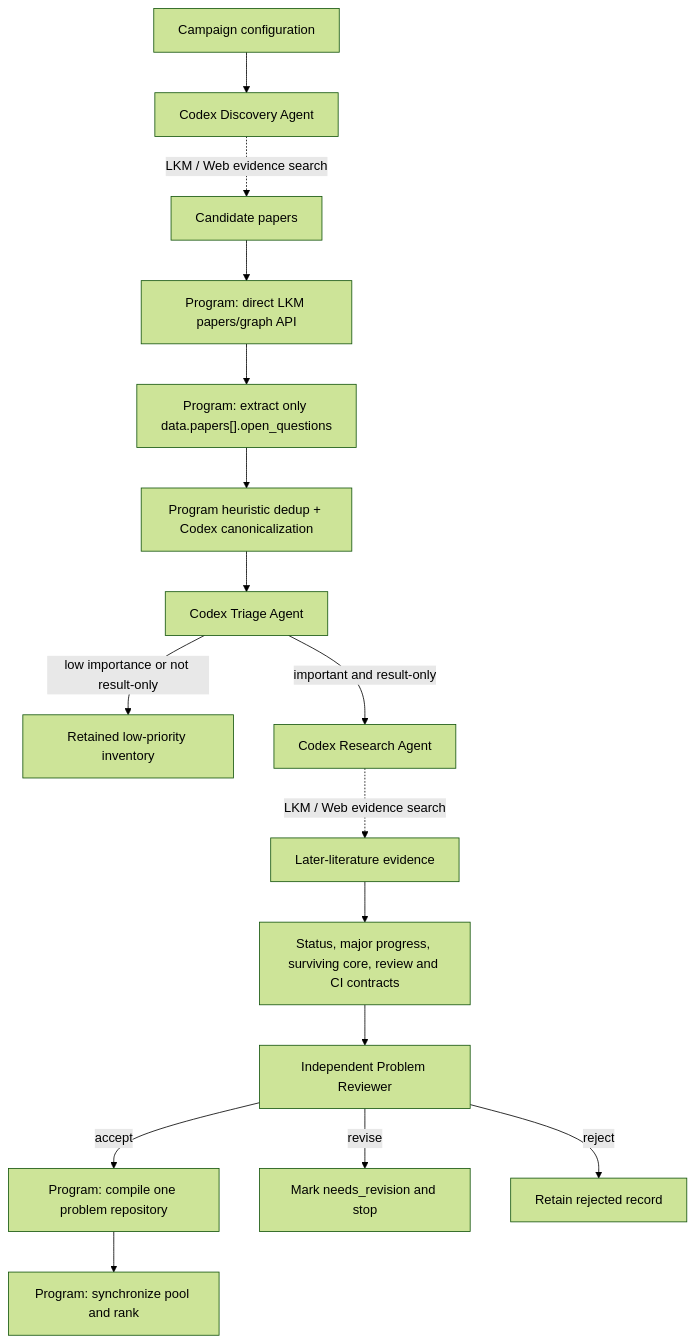
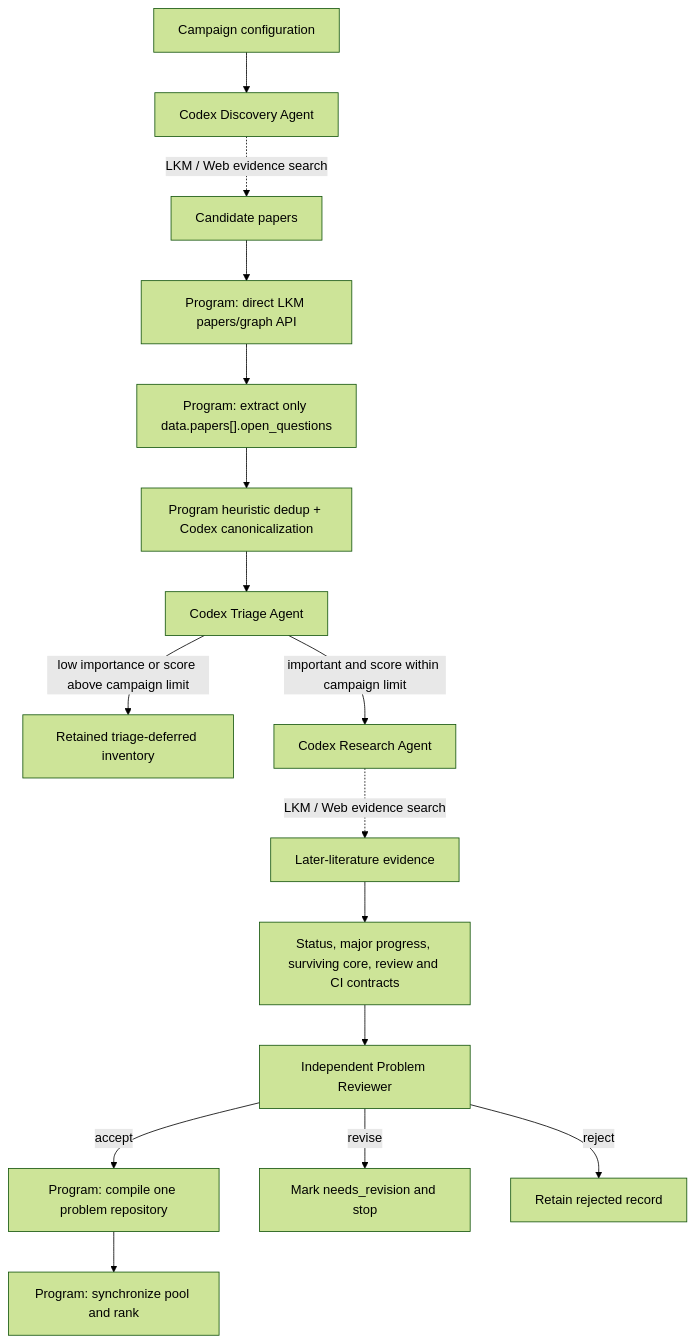
One commit to kunyuan/open-research-discovery changed the diagram in README.md. Above: the diagram before and after it, drawn with Mermaid (forest theme). The commit also changed other lines of this file and 42 other files, not shown here.

````diff
--- a/README.md
+++ b/README.md
@@ -170,18 +183,18 @@
 ```mermaid
 flowchart TD
     C["Campaign configuration"] --> D["Codex Discovery Agent"]
     D -. "LKM / Web evidence search" .-> S["Candidate papers"]
     S --> A["Program: direct LKM papers/graph API"]
     A --> O["Program: extract only data.papers[].open_questions"]
     O --> H["Program heuristic dedup + Codex canonicalization"]
     H --> T["Codex Triage Agent"]
-    T -->|"low importance or not result-only"| L["Retained low-priority inventory"]
-    T -->|"important and result-only"| R["Codex Research Agent"]
+    T -->|"low importance or score above campaign limit"| L["Retained triage-deferred inventory"]
+    T -->|"important and score within campaign limit"| R["Codex Research Agent"]
     R -. "LKM / Web evidence search" .-> E["Later-literature evidence"]
     E --> J["Status, major progress, surviving core, review and CI contracts"]
     J --> V["Independent Problem Reviewer"]
     V -->|"accept"| G["Program: compile one problem repository"]
     V -->|"revise"| N["Mark needs_revision and stop"]
     V -->|"reject"| X["Retain rejected record"]
     G --> P["Program: synchronize pool and rank"]
 ```
````
